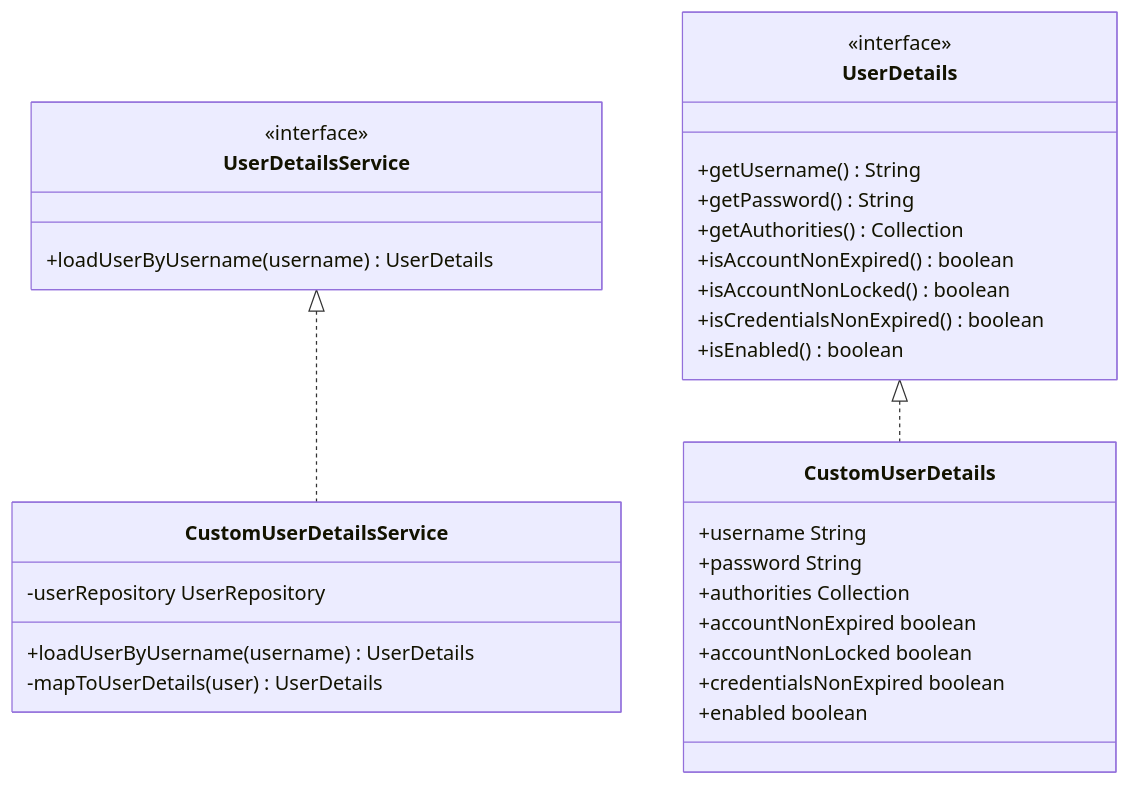
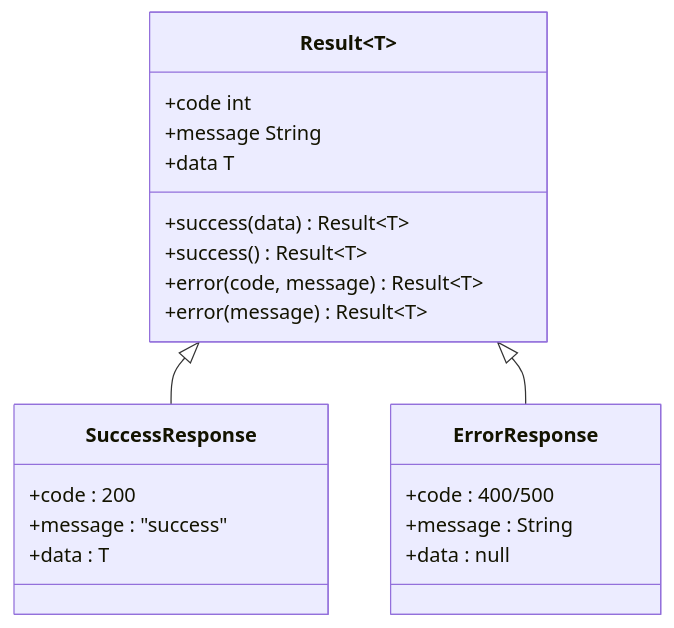
Before and after one commit to gree-coder/fund-butler: the seventh of 15 diagrams in .qoder/repowiki/zh/content/核心功能开发/安全配置.md, drawn with Mermaid. The commit also changed other lines of this file and 10 other files, not shown here.

````diff
--- a/.qoder/repowiki/zh/content/核心功能开发/安全配置.md
+++ b/.qoder/repowiki/zh/content/核心功能开发/安全配置.md
@@ -230,33 +267,24 @@
 ```mermaid
 classDiagram
-class UserDetailsService {
-<<interface>>
-+loadUserByUsername(username) UserDetails
+class Result~T~ {
++code int
++message String
++data T
++success(data) Result~T~
++success() Result~T~
++error(code, message) Result~T~
++error(message) Result~T~
 }
-class CustomUserDetailsService {
--userRepository UserRepository
-+loadUserByUsername(username) UserDetails
--mapToUserDetails(user) UserDetails
+class SuccessResponse {
++code : 200
++message : "success"
++data : T
 }
-class UserDetails {
-<<interface>>
-+getUsername() String
-+getPassword() String
-+getAuthorities() Collection
-+isAccountNonExpired() boolean
-+isAccountNonLocked() boolean
-+isCredentialsNonExpired() boolean
-+isEnabled() boolean
+class ErrorResponse {
++code : 400/500
++message : String
++data : null
 }
-class CustomUserDetails {
-+username String
-+password String
-+authorities Collection
-+accountNonExpired boolean
-+accountNonLocked boolean
-+credentialsNonExpired boolean
-+enabled boolean
-}
-UserDetailsService <|.. CustomUserDetailsService
-UserDetails <|.. CustomUserDetails
+Result <|-- SuccessResponse
+Result <|-- ErrorResponse
 ```
````
